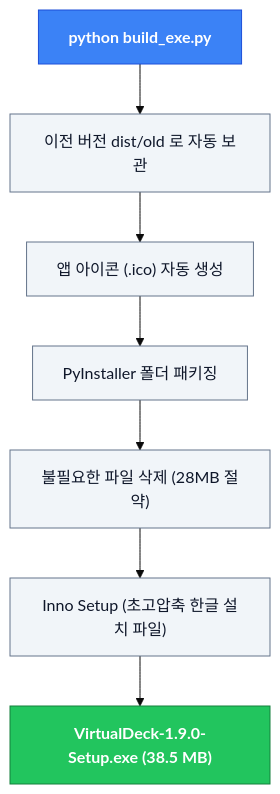
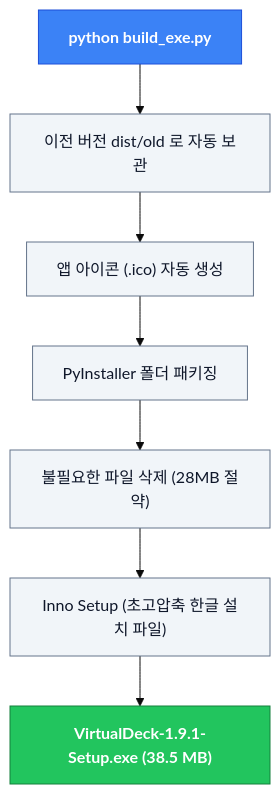
Before and after one commit to sh11025/Virtual_Deck: the seventh of 7 diagrams in README.md, drawn with Mermaid (base theme). The commit also changed other lines of this file and 15 other files, not shown here.

````diff
--- a/README.md
+++ b/README.md
@@ -343,13 +343,13 @@
 ```mermaid
 flowchart TD
     classDef head fill:#3b82f6,stroke:#1d4ed8,color:#ffffff,font-weight:bold;
     classDef box fill:#f1f5f9,stroke:#64748b,color:#0f172a;
     classDef done fill:#22c55e,stroke:#15803d,color:#ffffff,font-weight:bold;
 
     A["python build_exe.py"]:::head --> B["이전 버전 dist/old 로 자동 보관"]:::box
     B --> C["앱 아이콘 (.ico) 자동 생성"]:::box
     C --> D["PyInstaller 폴더 패키징"]:::box
     D --> E["불필요한 파일 삭제 (28MB 절약)"]:::box
     E --> F["Inno Setup (초고압축 한글 설치 파일)"]:::box
-    F --> G["VirtualDeck-1.9.0-Setup.exe (38.5 MB)"]:::done
+    F --> G["VirtualDeck-1.9.1-Setup.exe (38.5 MB)"]:::done
 ```
````
